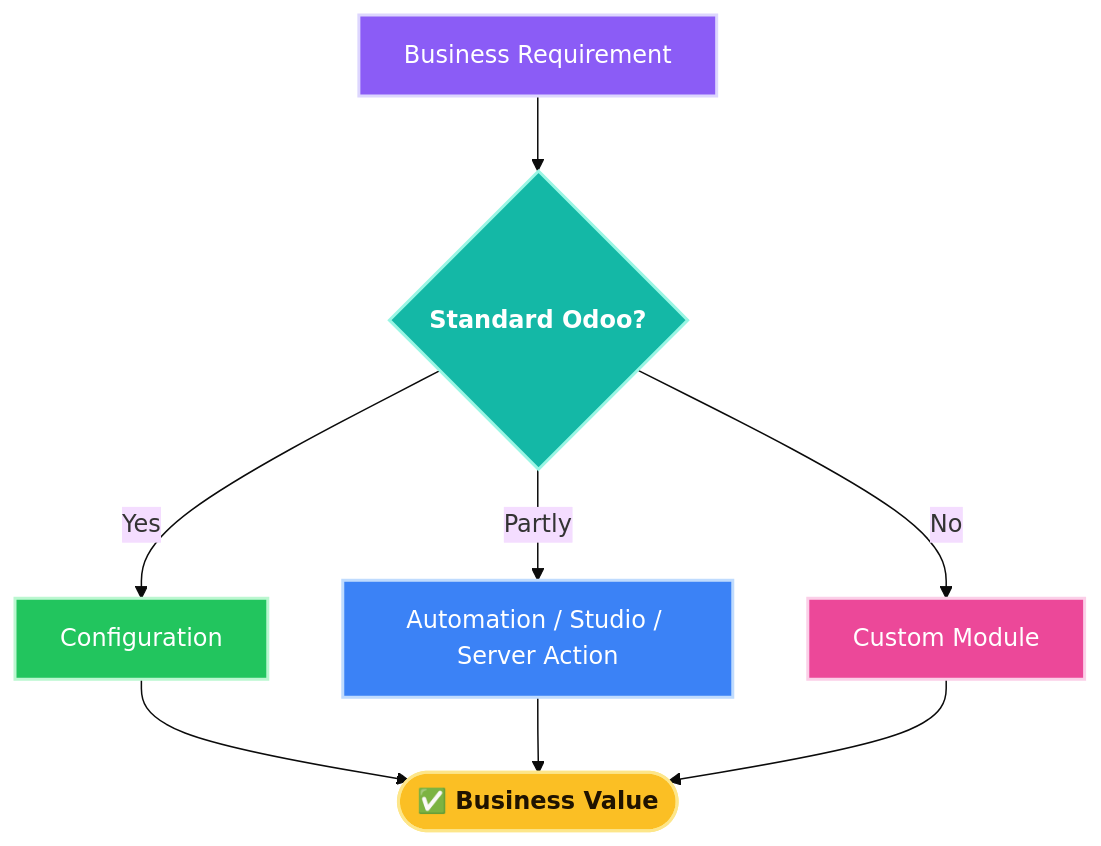
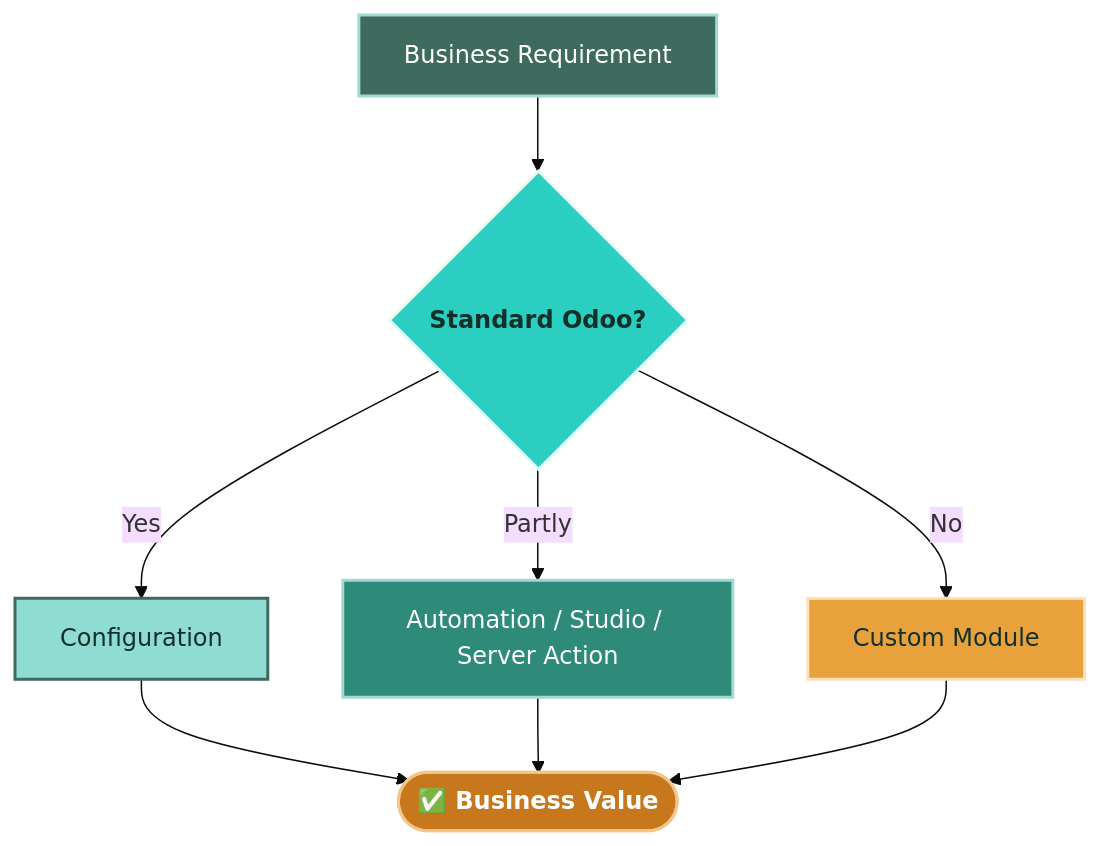
One commit to NoohSD/NoohSD changed the second of 6 diagrams in README.md. Above: the diagram before and after it, drawn with Mermaid. The commit also changed other lines of this file, not shown here.

````diff
--- a/README.md
+++ b/README.md
@@ -106,23 +106,23 @@
 ```mermaid
 %%{init: {'theme':'base'}}%%
 flowchart TD
     R[Business Requirement] --> S{Standard Odoo?}
     S -->|Yes| C[Configuration]
     S -->|Partly| W[Automation / Studio / Server Action]
     S -->|No| X[Custom Module]
     C --> V([✅ Business Value])
     W --> V
     X --> V
-    classDef q fill:#14B8A6,color:#FFFFFF,stroke:#99F6E4,stroke-width:2px,font-weight:bold
-    classDef v fill:#FBBF24,color:#1F1300,stroke:#FDE68A,stroke-width:2px,font-weight:bold
-    classDef r fill:#8B5CF6,color:#FFFFFF,stroke:#DDD6FE,stroke-width:2px
-    classDef c fill:#22C55E,color:#FFFFFF,stroke:#BBF7D0,stroke-width:2px
-    classDef w fill:#3B82F6,color:#FFFFFF,stroke:#BFDBFE,stroke-width:2px
-    classDef x fill:#EC4899,color:#FFFFFF,stroke:#FBCFE8,stroke-width:2px
+    classDef q fill:#2BCFC1,color:#12302A,stroke:#E6FAF7,stroke-width:2px,font-weight:bold
+    classDef v fill:#C7781C,color:#FFFFFF,stroke:#F3C58A,stroke-width:2px,font-weight:bold
+    classDef r fill:#3E6B5D,color:#FFFFFF,stroke:#9FD9D1,stroke-width:2px
+    classDef c fill:#8FDCD3,color:#12302A,stroke:#3E6B5D,stroke-width:2px
+    classDef w fill:#2E8B7A,color:#FFFFFF,stroke:#9FD9D1,stroke-width:2px
+    classDef x fill:#E9A23B,color:#12302A,stroke:#FCE3BE,stroke-width:2px
     class S q
     class V v
     class R r
     class C c
     class W w
     class X x
 ```
````
